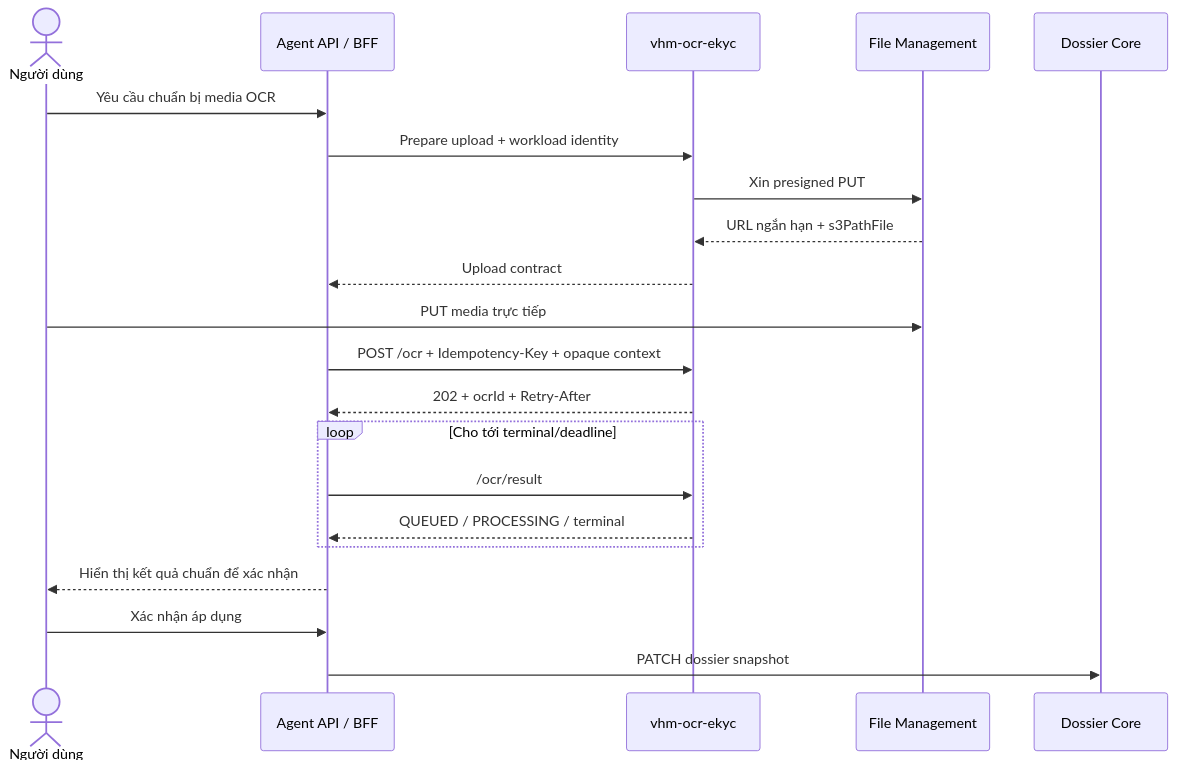
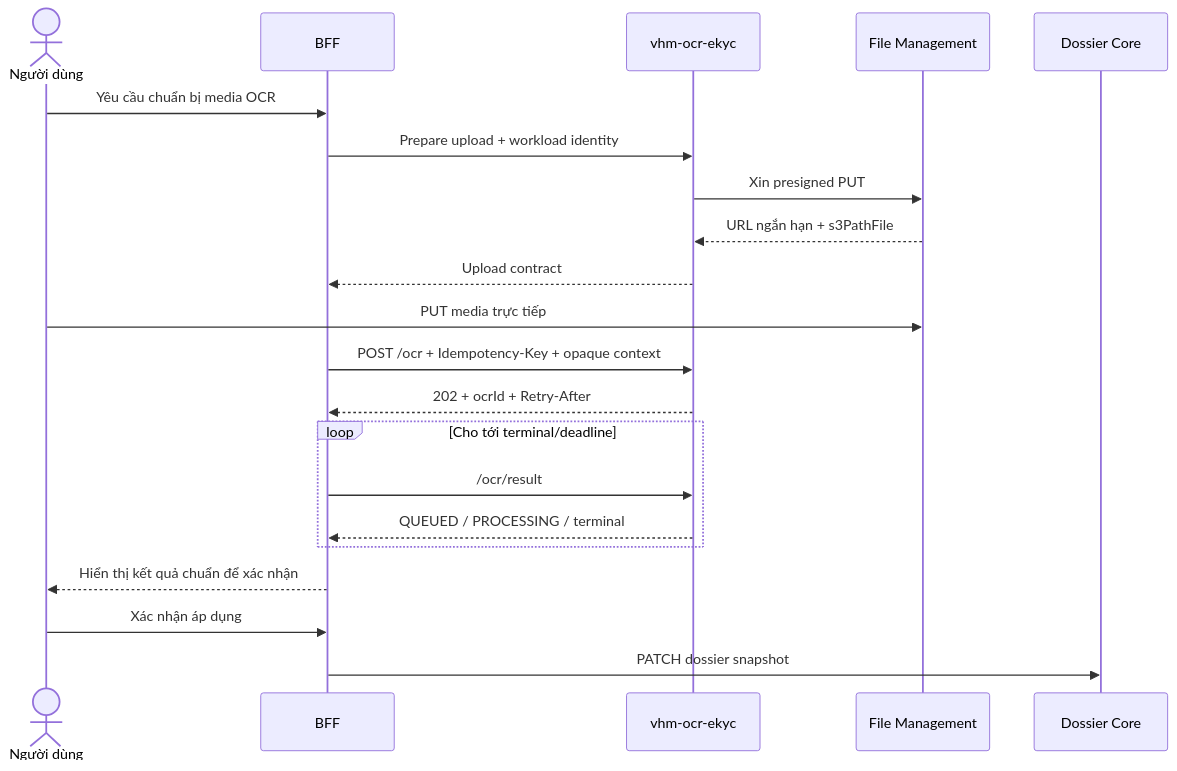
The seventh of 8 diagrams in tdd-dossier.md (huynv-xyz/vhm), drawn with Mermaid before and after one commit. The commit also changed other lines of this file, not shown here.

````diff
--- a/tdd-dossier.md
+++ b/tdd-dossier.md
@@ -599,24 +607,24 @@
 ```mermaid
 sequenceDiagram
     actor U as Người dùng
-    participant B as Agent API / BFF
+    participant B as BFF
     participant O as vhm-ocr-ekyc
     participant F as File Management
     participant C as Dossier Core
 
     U->>B: Yêu cầu chuẩn bị media OCR
     B->>O: Prepare upload + workload identity
     O->>F: Xin presigned PUT
     F-->>O: URL ngắn hạn + s3PathFile
     O-->>B: Upload contract
     U->>F: PUT media trực tiếp
     B->>O: POST /ocr + Idempotency-Key + opaque context
     O-->>B: 202 + ocrId + Retry-After
     loop Cho tới terminal/deadline
         B->>O: /ocr/result
         O-->>B: QUEUED / PROCESSING / terminal
     end
     B-->>U: Hiển thị kết quả chuẩn để xác nhận
     U->>B: Xác nhận áp dụng
     B->>C: PATCH dossier snapshot
 ```
````
